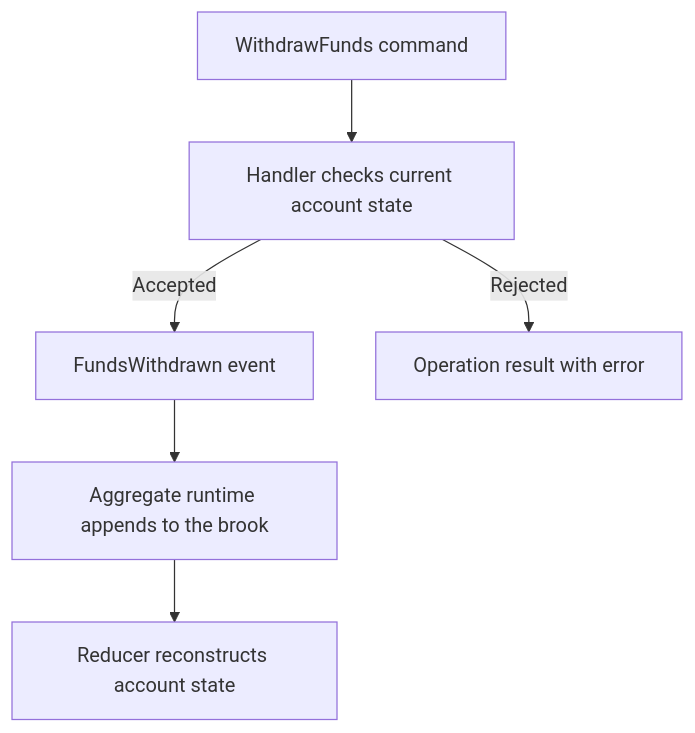
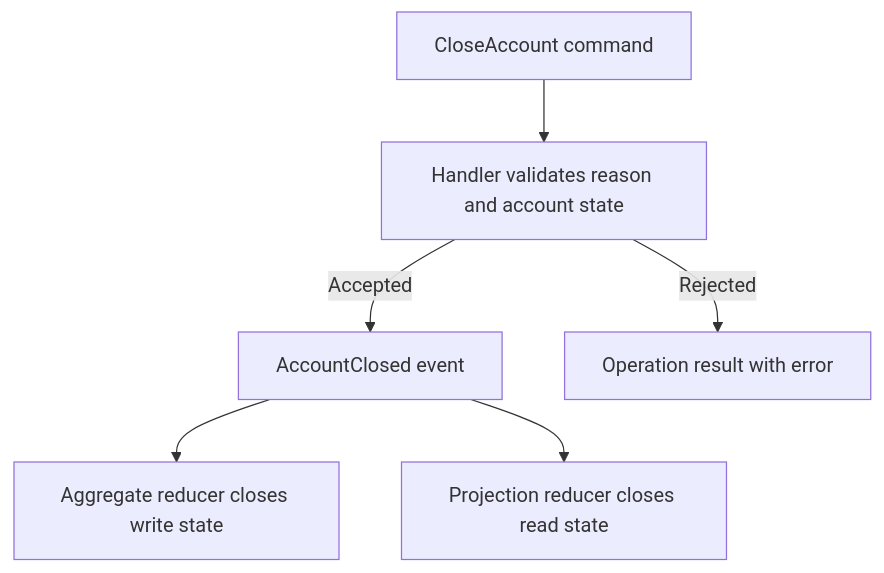
One commit to Gibbs-Morris/mississippi changed the diagram in docs/Docusaurus/docs/samples/spring-sample/tutorials/building-an-aggregate.md. Above: the diagram before and after it, drawn with Mermaid. The commit also changed other lines of this file and 3 other files, not shown here.

````diff
--- a/docs/Docusaurus/docs/samples/spring-sample/tutorials/building-an-aggregate.md
+++ b/docs/Docusaurus/docs/samples/spring-sample/tutorials/building-an-aggregate.md
@@ -275,8 +406,8 @@
 ```mermaid
 flowchart TB
-    A[WithdrawFunds command] --> B[Handler checks current account state]
-    B -->|Accepted| C[FundsWithdrawn event]
+    A[CloseAccount command] --> B[Handler validates reason and account state]
+    B -->|Accepted| C[AccountClosed event]
     B -->|Rejected| D[Operation result with error]
-    C --> E[Aggregate runtime appends to the brook]
-    E --> F[Reducer reconstructs account state]
+    C --> E[Aggregate reducer closes write state]
+    C --> F[Projection reducer closes read state]
 ```
````
